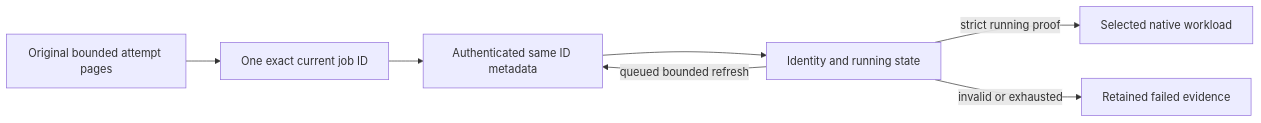
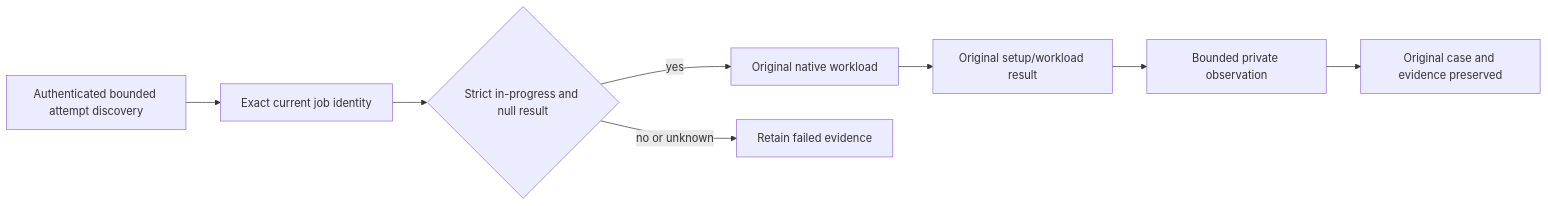
Before and after one commit to managedcode/KeyLoad: the diagram in docs/ADR/ADR-068-native-benchmark-gate-repair.md, drawn with Mermaid. The commit also changed other lines of this file and 152 other files, not shown here.

````diff
--- a/docs/ADR/ADR-068-native-benchmark-gate-repair.md
+++ b/docs/ADR/ADR-068-native-benchmark-gate-repair.md
@@ -89,9 +14,10 @@
 ```mermaid
 flowchart LR
-    Pages[Original bounded attempt pages] --> ID[One exact current job ID]
-    ID --> Direct[Authenticated same ID metadata]
-    Direct --> Validate[Identity and running state]
-    Validate -->|queued bounded refresh| Direct
-    Validate -->|strict running proof| Native[Selected native workload]
-    Validate -->|invalid or exhausted| Fail[Retained failed evidence]
+    Attempt[Authenticated bounded attempt discovery] --> Job[Exact current job identity]
+    Job --> State{Strict in-progress and null result}
+    State -->|yes| Native[Original native workload]
+    State -->|no or unknown| Reject[Retain failed evidence]
+    Native --> Failure[Original setup/workload result]
+    Failure --> Diagnostic[Bounded private observation]
+    Diagnostic --> Evidence[Original case and evidence preserved]
 ```
````
